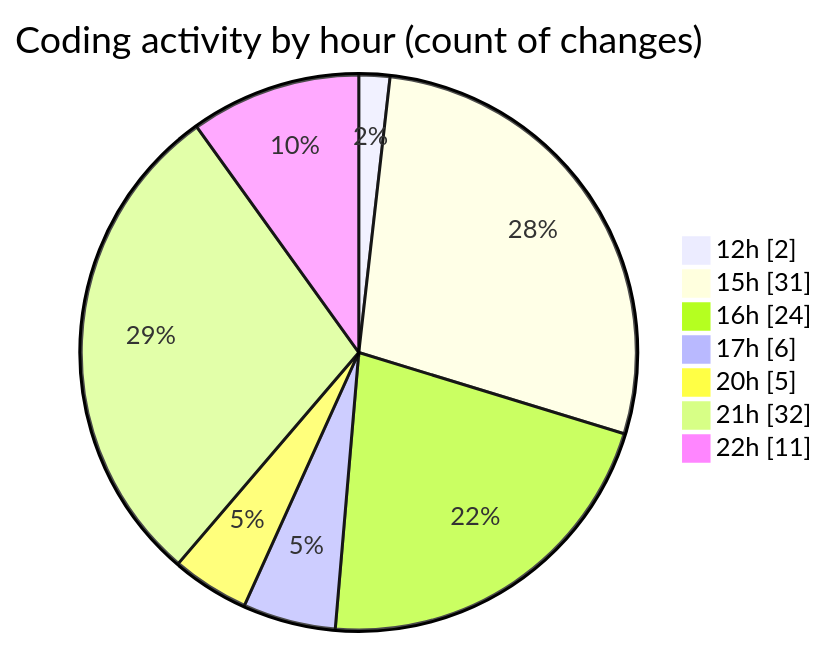
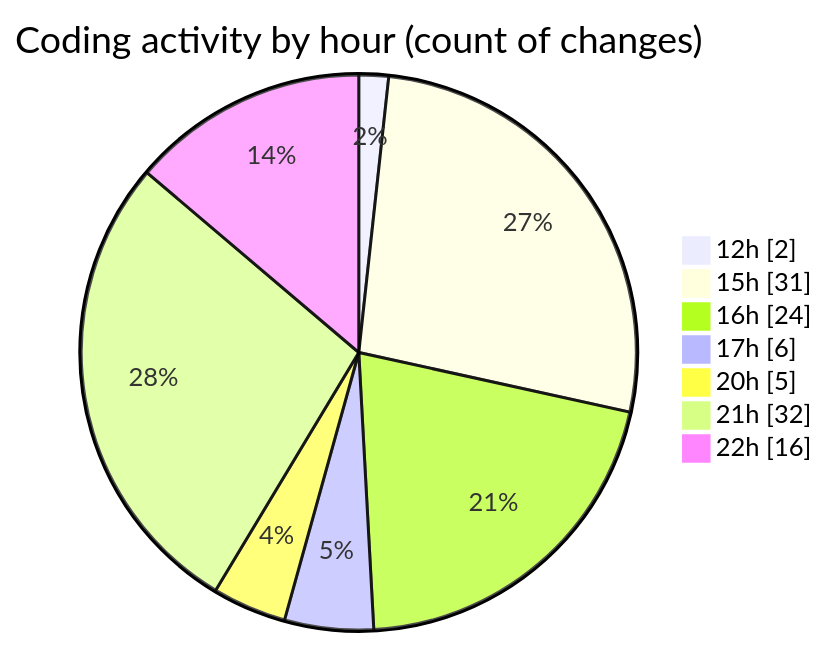
One commit to momahboobian/code-tracking changed the second of 2 diagrams in 2025-02-26/cda/README.md. Above: the diagram before and after it, drawn with Mermaid. The commit also changed other lines of this file and 1 other file, not shown here.

````diff
--- a/2025-02-26/cda/README.md
+++ b/2025-02-26/cda/README.md
@@ -48,11 +48,11 @@
 ```mermaid
 pie showData
 title Coding activity by hour (count of changes)
 "12h" : 2
 "15h" : 31
 "16h" : 24
 "17h" : 6
 "20h" : 5
 "21h" : 32
-"22h" : 11
+"22h" : 16
 ```
````
